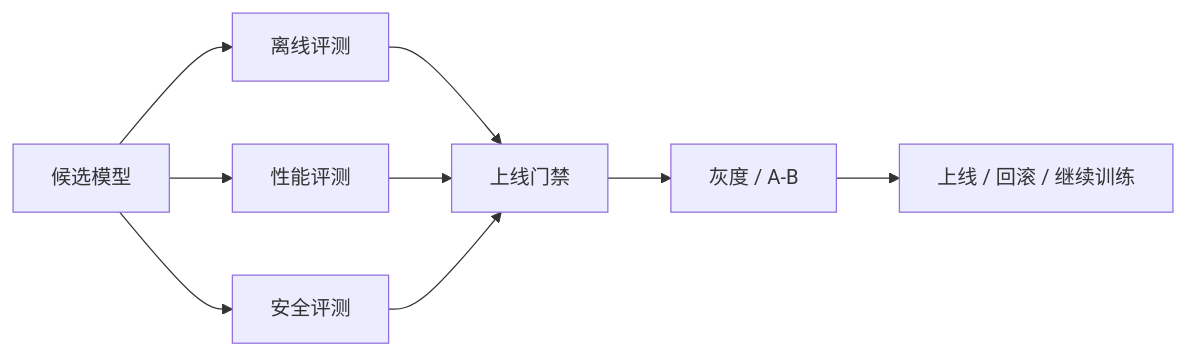
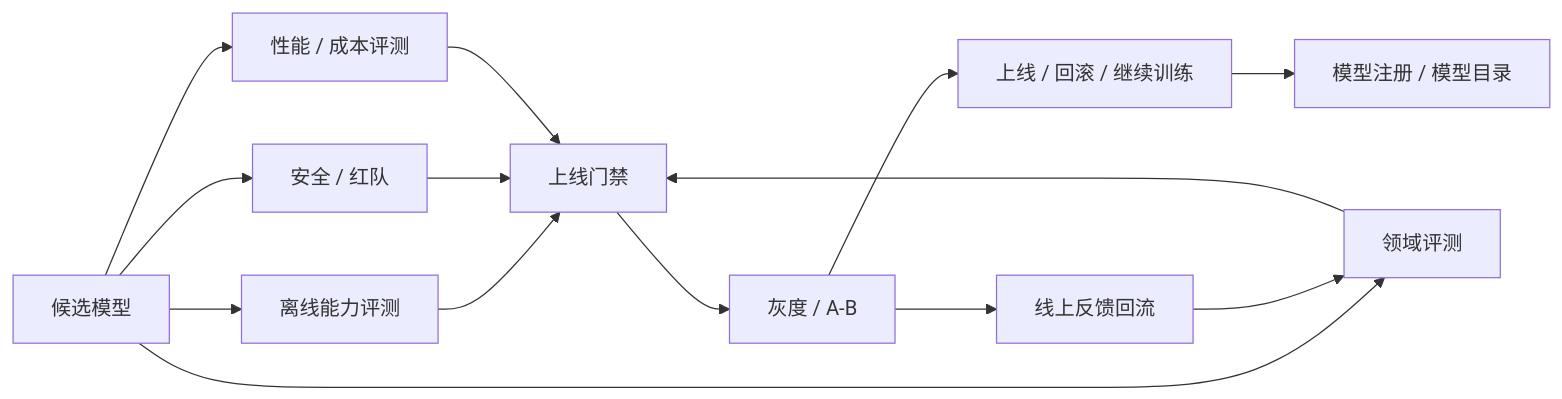
One commit to ikingye/ai-factory-engineering changed the diagram in docs/part-03-models/chapter-13-model-evaluation.md. Above: the diagram before and after it, drawn with Mermaid. The commit also changed other lines of this file and 5 other files, not shown here.

````diff
--- a/docs/part-03-models/chapter-13-model-evaluation.md
+++ b/docs/part-03-models/chapter-13-model-evaluation.md
@@ -23,11 +45,16 @@
 ```mermaid
 flowchart LR
-  Candidate["候选模型"] --> Offline["离线评测"]
-  Candidate --> Perf["性能评测"]
-  Candidate --> Safety["安全评测"]
+  Candidate["候选模型"] --> Offline["离线能力评测"]
+  Candidate --> Domain["领域评测"]
+  Candidate --> Safety["安全 / 红队"]
+  Candidate --> Perf["性能 / 成本评测"]
   Offline --> Gate["上线门禁"]
+  Domain --> Gate
+  Safety --> Gate
   Perf --> Gate
-  Safety --> Gate
   Gate --> Canary["灰度 / A-B"]
   Canary --> Decision["上线 / 回滚 / 继续训练"]
+  Decision --> Registry["模型注册 / 模型目录"]
+  Canary --> Feedback["线上反馈回流"]
+  Feedback --> Domain
 ```
````
